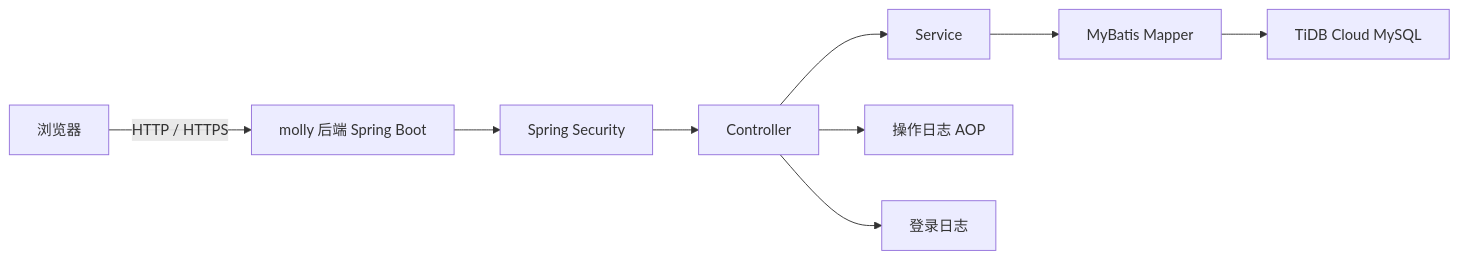
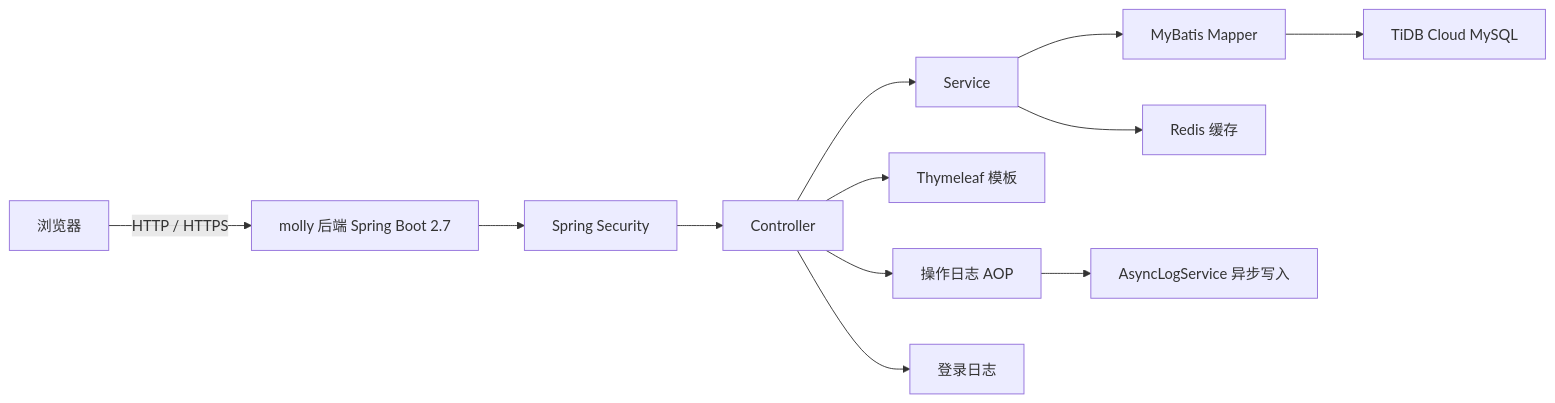
Before and after one commit to GeBron/molly: the first of 3 diagrams in .trae/documents/Technical-Architecture.md, drawn with Mermaid. The commit also changed other lines of this file and 2 other files, not shown here.

````diff
--- a/.trae/documents/Technical-Architecture.md
+++ b/.trae/documents/Technical-Architecture.md
@@ -5,11 +5,14 @@
 ```mermaid
 graph LR
-    A["浏览器"] -->|HTTP / HTTPS| B["molly 后端 Spring Boot"]
+    A["浏览器"] -->|HTTP / HTTPS| B["molly 后端 Spring Boot 2.7"]
     B --> C["Spring Security"]
     C --> D["Controller"]
     D --> E["Service"]
     E --> F["MyBatis Mapper"]
     F --> G["TiDB Cloud MySQL"]
-    D --> H["操作日志 AOP"]
-    D --> I["登录日志"]
+    D --> H["Thymeleaf 模板"]
+    E --> I["Redis 缓存"]
+    D --> J["操作日志 AOP"]
+    J --> K["AsyncLogService 异步写入"]
+    D --> L["登录日志"]
 ```
````
